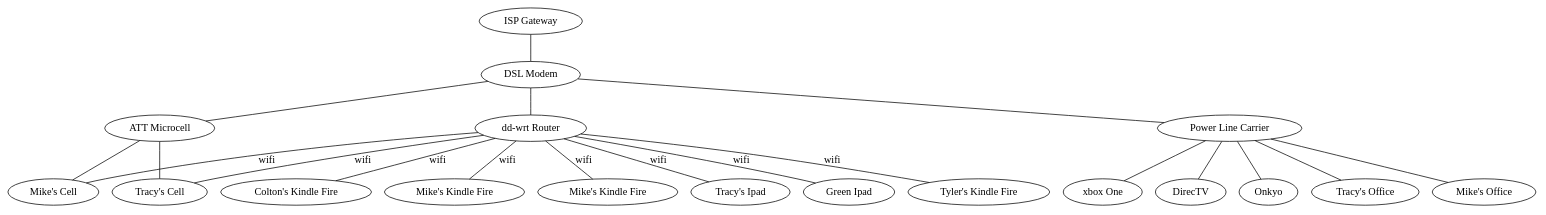
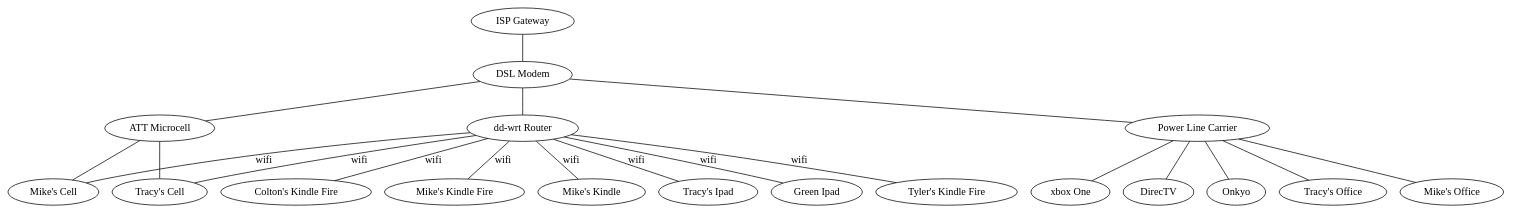
One commit to mkennedy04/earp_it changed the diagram in earp_architecture.dot. Above: the diagram before and after it, drawn with Graphviz.

```diff
--- a/earp_architecture.dot
+++ b/earp_architecture.dot
@@ -1,39 +1,39 @@
 graph{
 gw[label="ISP Gateway"];
 dsl[label="DSL Modem"];
 att[label="ATT Microcell"];
 dd[label="dd-wrt Router"];
 plc[label="Power Line Carrier"];
 xbox[label="xbox One"];
 dtv[label="DirecTV"];
 onkyo[label="Onkyo"];
 tk[label="Tracy's Office"];
 mk[label="Mike's Office"];
 mk_cell[label="Mike's Cell"];
 tk_cell[label="Tracy's Cell"];
 mk_kindle_fire[label="Mike's Kindle Fire"];
-mk_kindle[label="Mike's Kindle Fire"];
+mk_kindle[label="Mike's Kindle"];
 tk_ipad[label="Tracy's Ipad"];
 green_ipad[label="Green Ipad"];
 jt_kf[label="Tyler's Kindle Fire"];
 jc_kf[label="Colton's Kindle Fire"];
 dd--jt_kf[label="wifi"];
 dd--jc_kf[label="wifi"];
 dd--tk_ipad[label="wifi"];
 dd--green_ipad[label="wifi"];
 gw--dsl;
 dsl--dd;
 dsl--plc;
 dsl--att;
 plc--xbox;
 plc--dtv;
 plc--tk;
 plc--mk;
 plc--onkyo;
 att--mk_cell;
 att--tk_cell;
 dd--mk_cell[label="wifi"];
 dd--tk_cell[label="wifi"];
 dd--mk_kindle[label="wifi"];
 dd--mk_kindle_fire[label="wifi"];
 }
```
